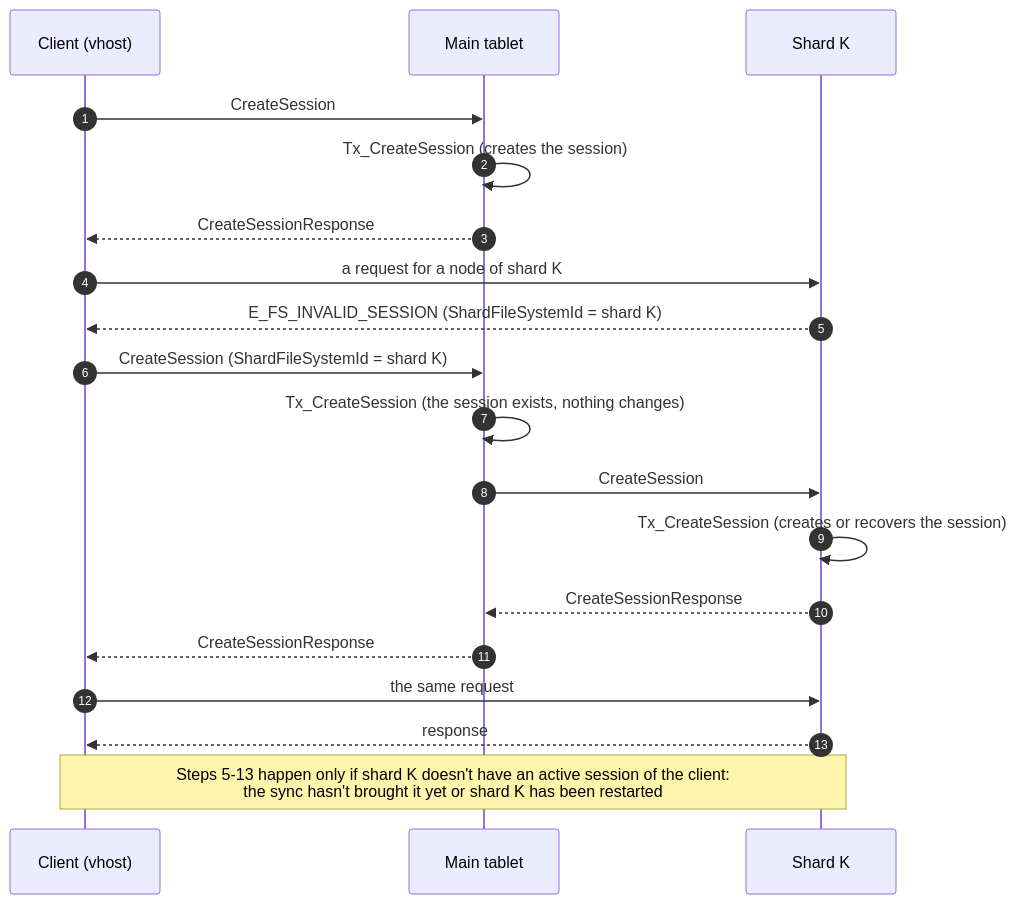
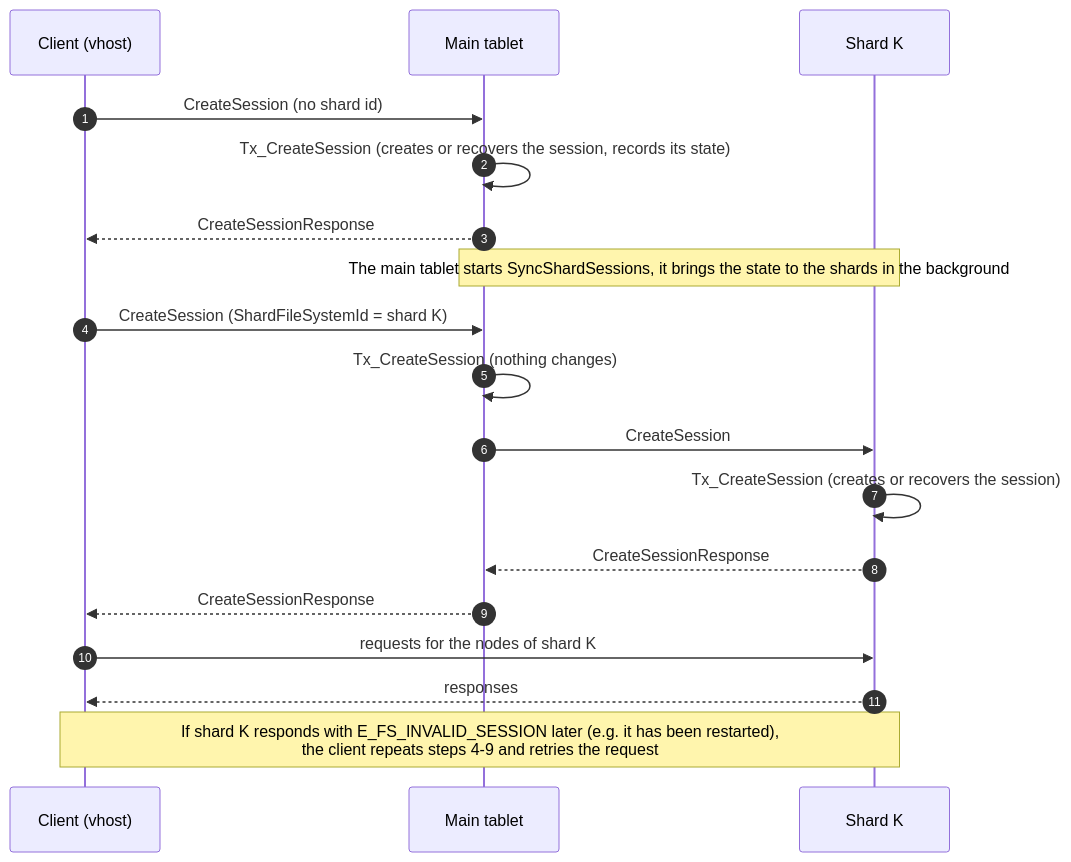
Before and after one commit to ydb-platform/nbs: the second of 2 diagrams in doc/filestore/design/lazy_shard_sessions.md, drawn with Mermaid. The commit also changed other lines of this file, not shown here.

````diff
--- a/doc/filestore/design/lazy_shard_sessions.md
+++ b/doc/filestore/design/lazy_shard_sessions.md
@@ -64,24 +73,23 @@
 ```mermaid
 sequenceDiagram
     autonumber
     participant C as Client (vhost)
     participant M as Main tablet
     participant S as Shard K
 
-    C->>M: CreateSession
-    M->>M: Tx_CreateSession (creates the session)
+    C->>M: CreateSession (no shard id)
+    M->>M: Tx_CreateSession (creates or recovers the session, records its state)
     M-->>C: CreateSessionResponse
+    Note over M,S: The main tablet starts SyncShardSessions, it brings the state to the shards in the background
 
-    C->>S: a request for a node of shard K
-    S-->>C: E_FS_INVALID_SESSION (ShardFileSystemId = shard K)
     C->>M: CreateSession (ShardFileSystemId = shard K)
-    M->>M: Tx_CreateSession (the session exists, nothing changes)
+    M->>M: Tx_CreateSession (nothing changes)
     M->>S: CreateSession
     S->>S: Tx_CreateSession (creates or recovers the session)
     S-->>M: CreateSessionResponse
     M-->>C: CreateSessionResponse
-    C->>S: the same request
-    S-->>C: response
+    C->>S: requests for the nodes of shard K
+    S-->>C: responses
 
-    Note over C,S: Steps 5-13 happen only if shard K doesn't have an active session of the client:<br/>the sync hasn't brought it yet or shard K has been restarted
+    Note over C,S: If shard K responds with E_FS_INVALID_SESSION later (e.g. it has been restarted),<br/>the client repeats steps 4-9 and retries the request
 ```
````
